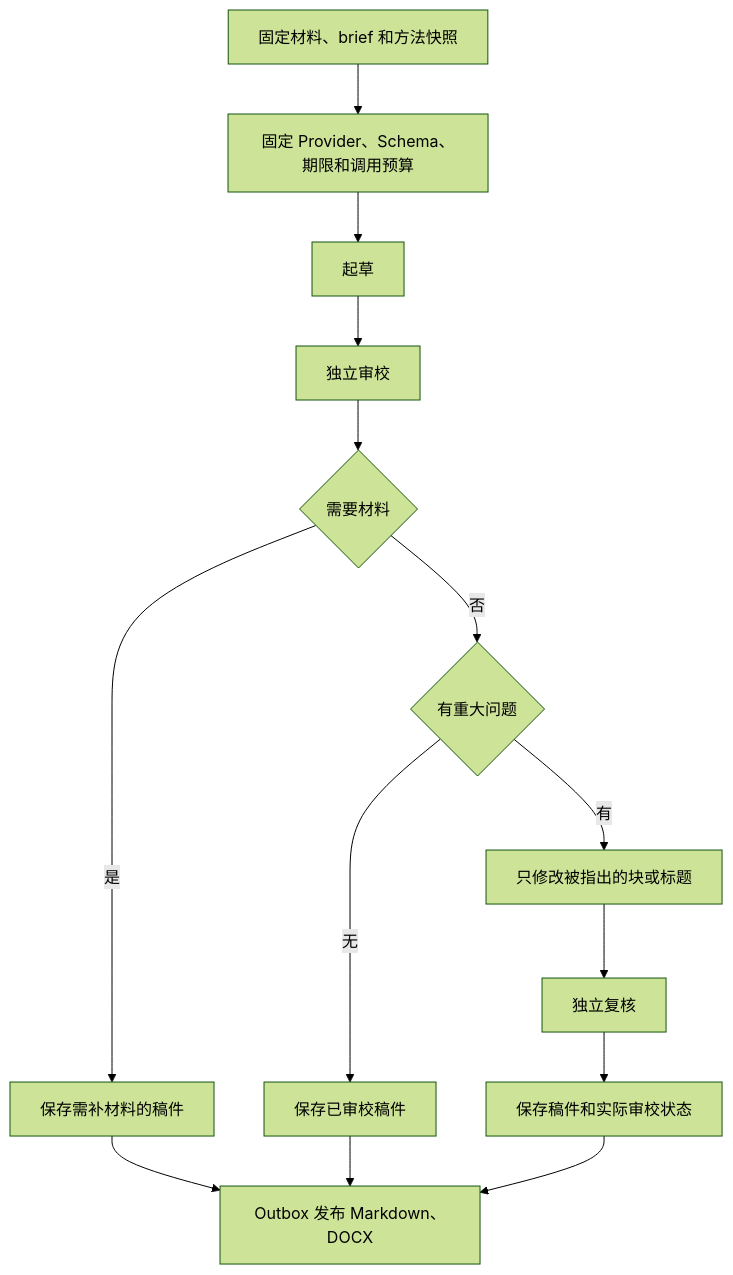
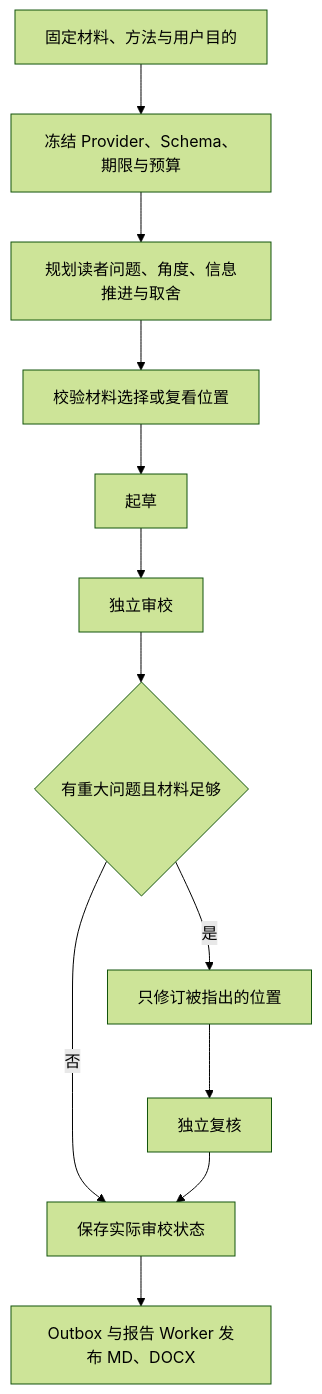
The diagram in docs/design/16-Skill体系与结果契约.md (StephenQiu30/framefetch), drawn with Mermaid (forest theme) before and after one commit. The commit also changed other lines of this file and 96 other files, not shown here.

````diff
--- a/docs/design/16-Skill体系与结果契约.md
+++ b/docs/design/16-Skill体系与结果契约.md
@@ -109,16 +53,14 @@
 ```mermaid
 flowchart TD
-    A[固定材料、brief 和方法快照] --> B[固定 Provider、Schema、期限和调用预算]
-    B --> D[起草]
+    A[固定材料、方法与用户目的] --> B[冻结 Provider、Schema、期限与预算]
+    B --> P[规划读者问题、角度、信息推进与取舍]
+    P --> T[校验材料选择或复看位置]
+    T --> D[起草]
     D --> R[独立审校]
-    R --> M{需要材料}
-    M -->|是| S[保存需补材料的稿件]
-    M -->|否| I{有重大问题}
-    I -->|无| P[保存已审校稿件]
-    I -->|有| E[只修改被指出的块或标题]
+    R --> I{有重大问题且材料足够}
+    I -->|否| S[保存实际审校状态]
+    I -->|是| E[只修订被指出的位置]
     E --> V[独立复核]
-    V --> C[保存稿件和实际审校状态]
-    S --> F[Outbox 发布 Markdown、DOCX]
-    P --> F
-    C --> F
+    V --> S
+    S --> O[Outbox 与报告 Worker 发布 MD、DOCX]
 ```
````
